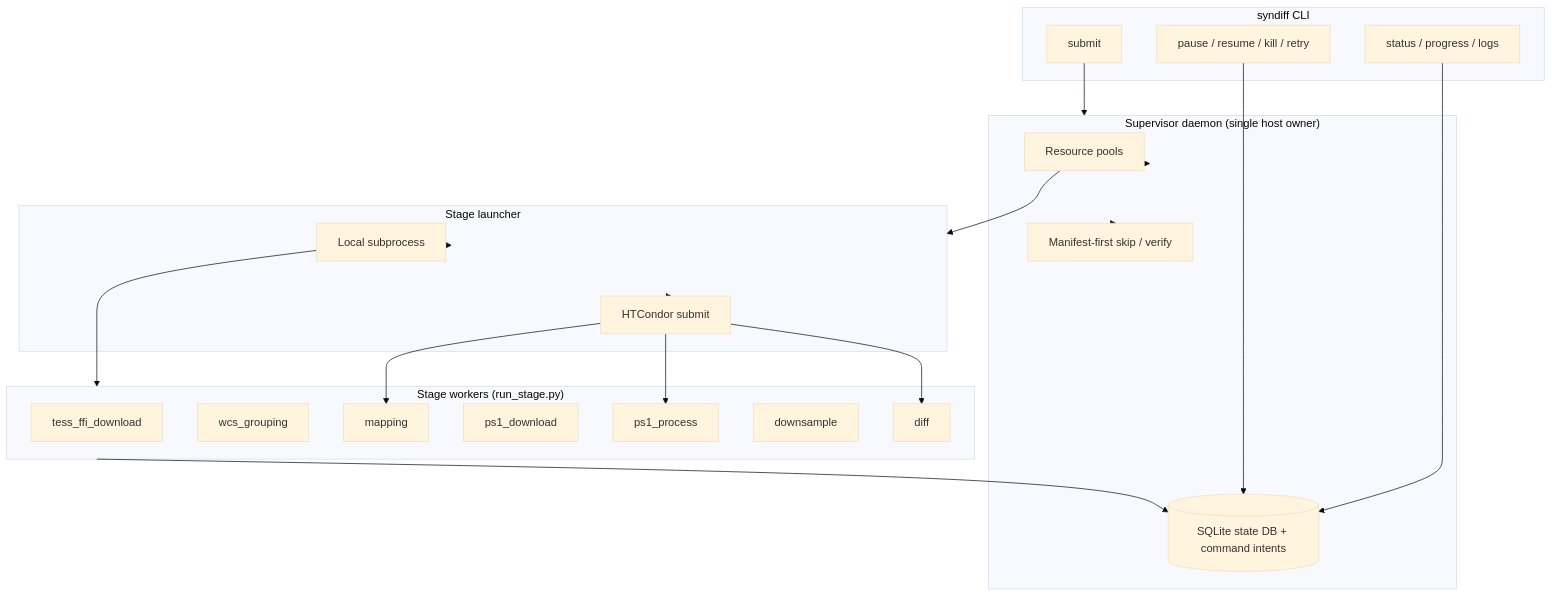
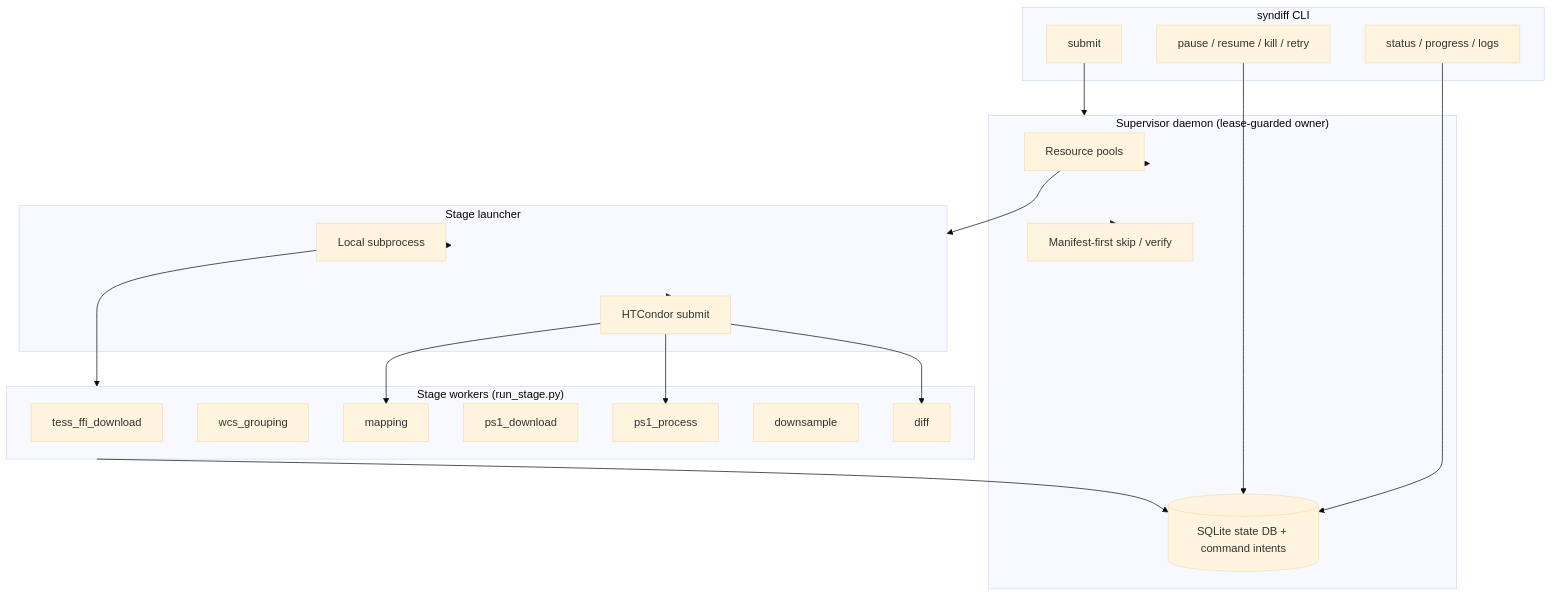
The diagram in docs/markdown/template_pipeline.md (zoutei/TSST_syndiff_pipeline), drawn with Mermaid (base theme) before and after one commit. The commit also changed other lines of this file and 13 other files, not shown here.

First line of the commit message:
Add NFS-safe daemon lease and run Discord bot in-process.

````diff
--- a/docs/markdown/template_pipeline.md
+++ b/docs/markdown/template_pipeline.md
@@ -111,43 +114,43 @@
 ```mermaid
 flowchart TB
     subgraph CLI["syndiff CLI"]
         submit[submit]
         monitor[status / progress / logs]
         control[pause / resume / kill / retry]
     end
 
-    subgraph Daemon["Supervisor daemon (single host owner)"]
+    subgraph Daemon["Supervisor daemon (lease-guarded owner)"]
         pools[Resource pools]
         sqlite[(SQLite state DB + command intents)]
         skip[Manifest-first skip / verify]
     end
 
     subgraph Launch["Stage launcher"]
         local[Local subprocess]
         condor[HTCondor submit]
     end
 
     subgraph Stages["Stage workers (run_stage.py)"]
         s1[tess_ffi_download]
         s2[wcs_grouping]
         s3[mapping]
         s4[ps1_download]
         s5[ps1_process]
         s6[downsample]
         s7[diff]
     end
 
     submit --> Daemon
     monitor --> sqlite
     control --> sqlite
     Daemon --> pools
     Daemon --> skip
     pools --> Launch
     Launch --> local
     Launch --> condor
     local --> Stages
     condor --> s3
     condor --> s5
     condor --> s7
     Stages --> sqlite
 ```
````
